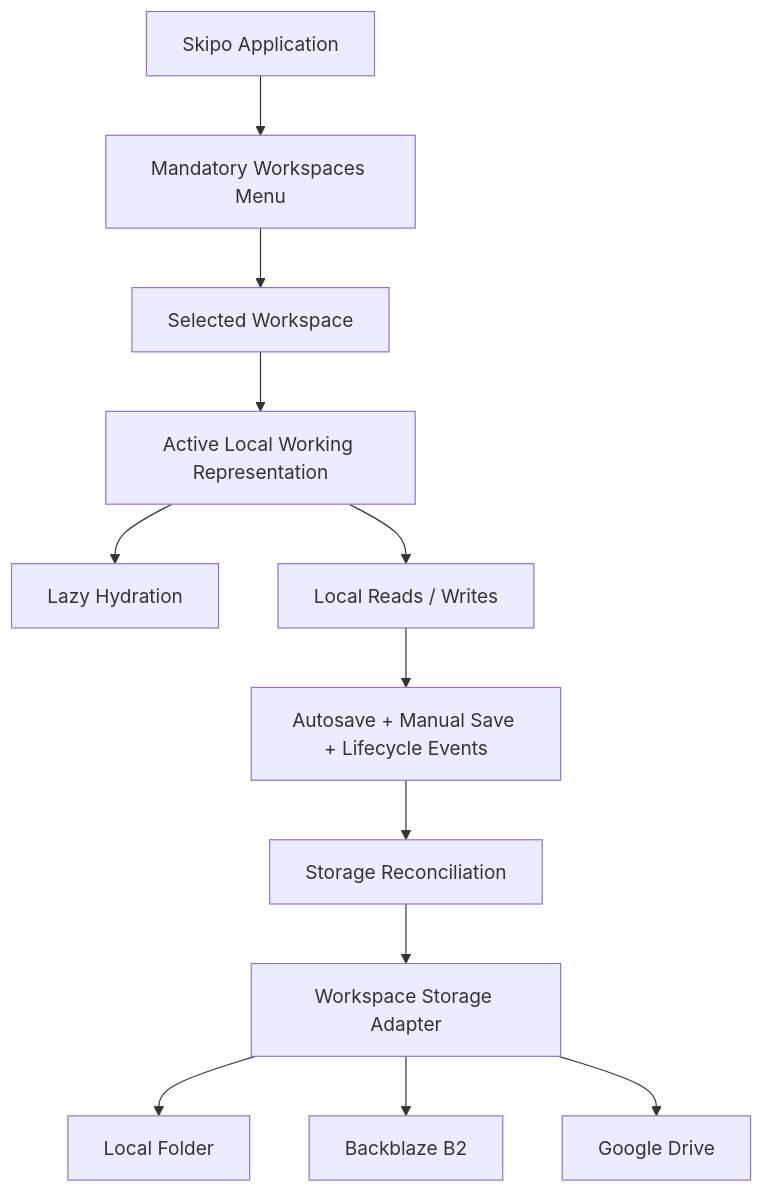
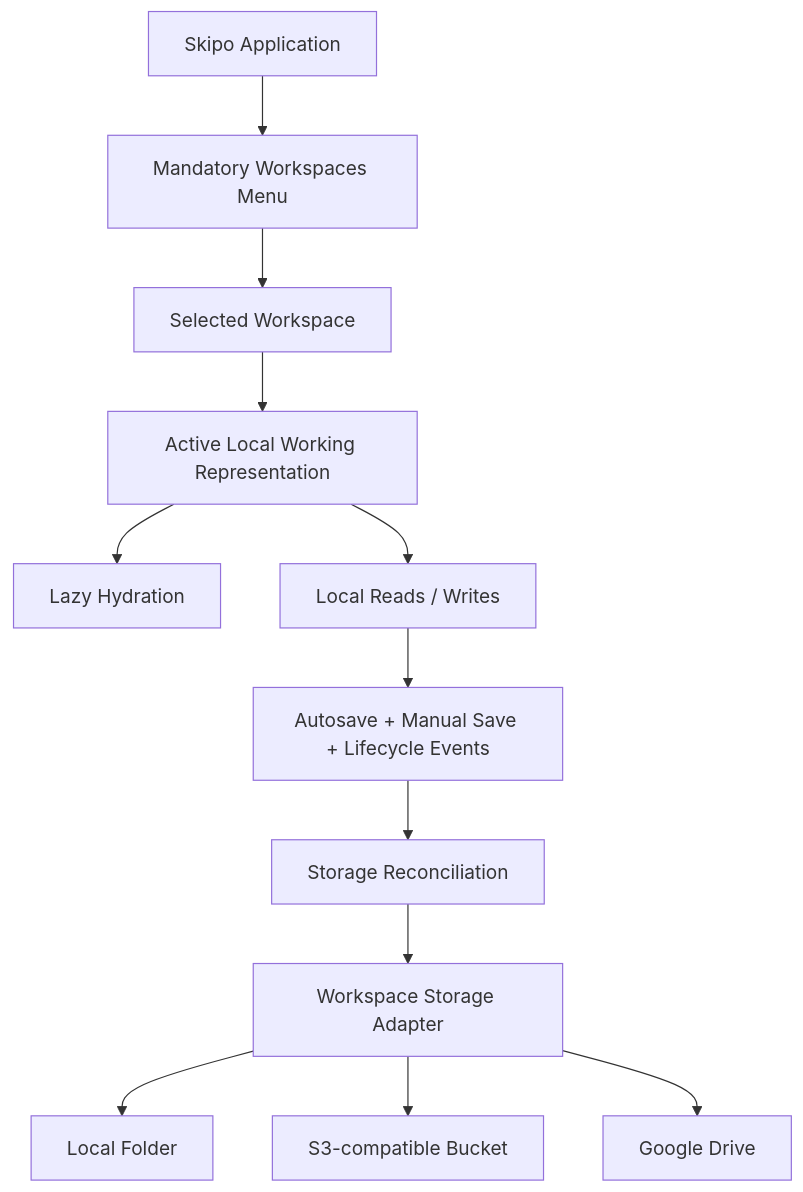
The first of 2 diagrams in architecture/workspace-architectures/SKILL.md (dinilmusick/Skipo), drawn with Mermaid before and after one commit. The commit also changed other lines of this file, not shown here.

Commit message:
docs(storage): make S3-compatible bucket a canonical workspace provider

````diff
--- a/architecture/workspace-architectures/SKILL.md
+++ b/architecture/workspace-architectures/SKILL.md
@@ -12,14 +12,14 @@
 ```mermaid
 flowchart TD
     A[Skipo Application] --> M[Mandatory Workspaces Menu]
     M --> W[Selected Workspace]
     W --> L[Active Local Working Representation]
     L --> H[Lazy Hydration]
     L --> RW[Local Reads / Writes]
     RW --> AS[Autosave + Manual Save + Lifecycle Events]
     AS --> R[Storage Reconciliation]
     R --> P[Workspace Storage Adapter]
     P --> F[Local Folder]
-    P --> B[Backblaze B2]
+    P --> B[S3-compatible Bucket]
     P --> G[Google Drive]
 ```
````
